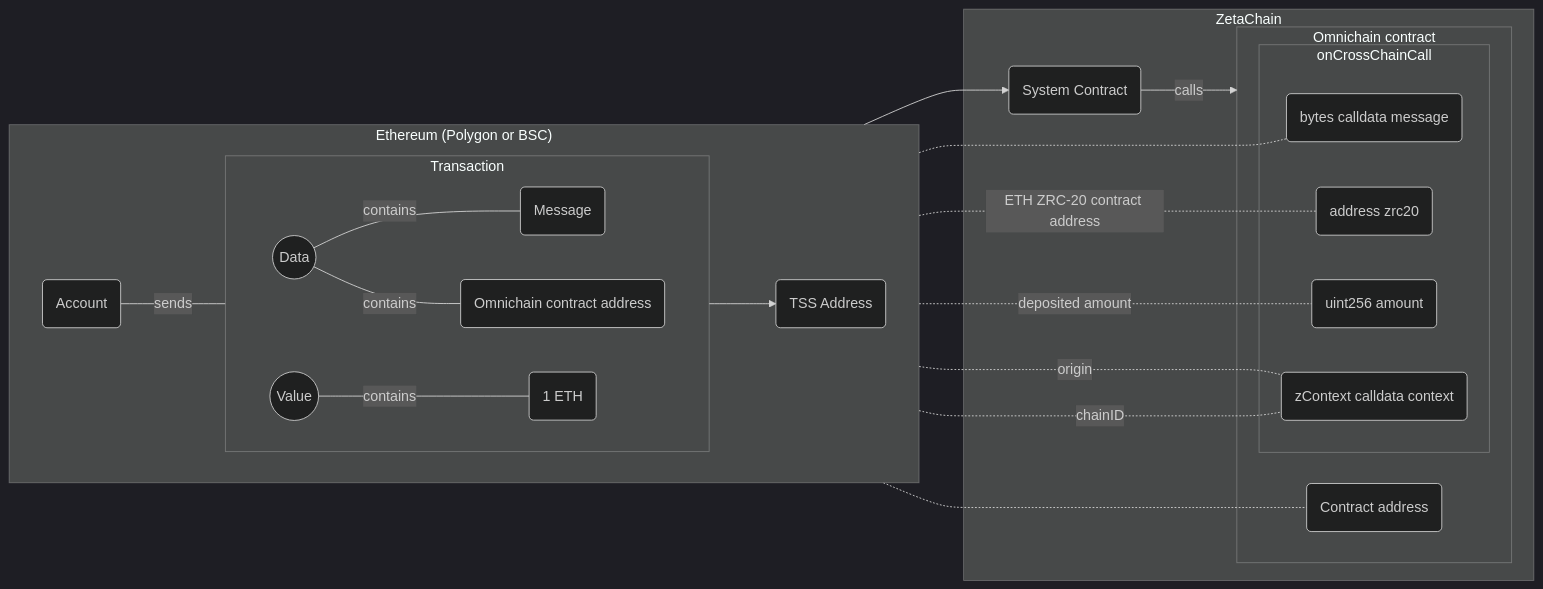
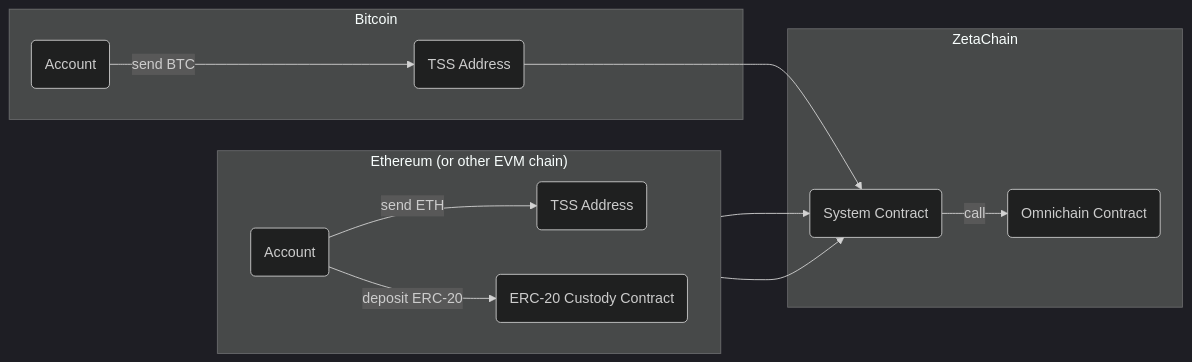
Before and after one commit to zeta-chain/docs: the diagram in docs/developers/omnichain/overview.md, drawn with Mermaid (dark theme). The commit also changed other lines of this file and 1 other file, not shown here.

Commit message:
Add diagrams for OSC overview and ERC-20 deposit

````diff
--- a/docs/developers/omnichain/overview.md
+++ b/docs/developers/omnichain/overview.md
@@ -12,34 +15,24 @@
 ```mermaid
 flowchart LR
-  subgraph Ethereum ["Ethereum (Polygon or BSC)"]
+  subgraph Ethereum ["Ethereum (or other EVM chain)"]
     direction LR
-    subgraph send ["Transaction"]
-      direction LR
-      Data -- contains --- Message("Message")
-      Data((Data)) -- contains --- address("Omnichain contract address")
-      Value((Value)) -- contains --- eth("1 ETH")
-    end
-    account("Account") -- sends --- send
-    send --> TSS("TSS Address")
+    Account("Account")
+    TSS("TSS Address")
+    erc20Custody("ERC-20 Custody Contract")
+    Account -- "send ETH" --> TSS
+    Account -- "deposit ERC-20" --> erc20Custody
+  end
+  subgraph Bitcoin ["Bitcoin"]
+    accountBTC("Account")
+    TSSBTC("TSS Address")
+    accountBTC -- send BTC --> TSSBTC
   end
   subgraph ZetaChain
-    SystemContract("System Contract")
-    subgraph contract ["Omnichain contract"]
-      addr("Contract address")
-      subgraph onCrossChainCall
-        msg("bytes calldata message")
-        zrc20("address zrc20")
-        amount("uint256 amount")
-        context("zContext calldata context")
-      end
-    end
+    systemContract("System Contract")
+    omnichainContract("Omnichain Contract")
+    TSS --> systemContract
+    erc20Custody --> systemContract
+    systemContract -- "call" --> omnichainContract
+    TSSBTC --> systemContract
   end
-  TSS --> SystemContract
-  SystemContract -- calls --> contract
-  address -.- addr
-  eth -. ETH ZRC-20 contract address .- zrc20
-  eth -. deposited amount .- amount
-  Ethereum -. chainID .- context
-  Message -.- msg
-  account -. "origin" .- context
 ```
````
